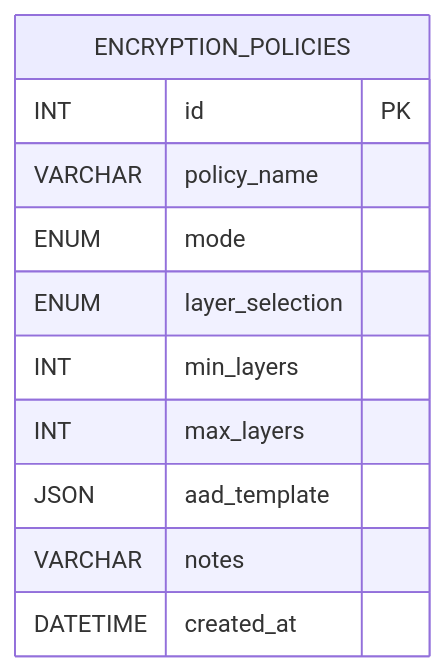
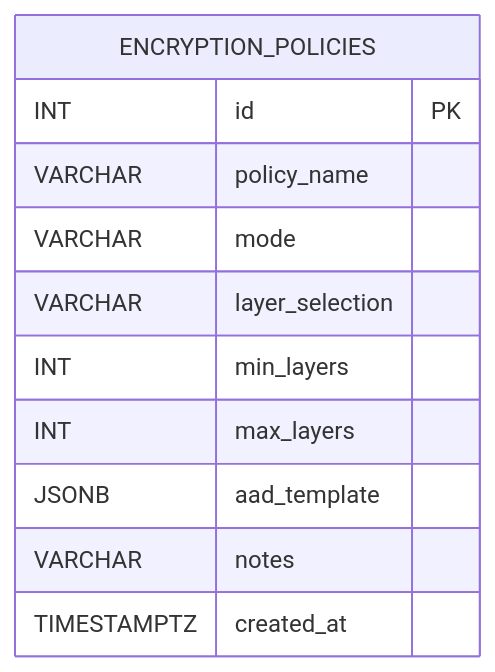
Before and after one commit to blackcatdatabase/table-encryption-policies: the diagram in README.md, drawn with Mermaid. The commit also changed other lines of this file and 26 other files, not shown here.

First line of the commit message:
Regen schema (#1)

````diff
--- a/README.md
+++ b/README.md
@@ -52,14 +52,14 @@
 ```mermaid
 erDiagram
   ENCRYPTION_POLICIES {
     INT id PK
     VARCHAR policy_name
-    ENUM mode
-    ENUM layer_selection
+    VARCHAR mode
+    VARCHAR layer_selection
     INT min_layers
     INT max_layers
-    JSON aad_template
+    JSONB aad_template
     VARCHAR notes
-    DATETIME created_at
+    TIMESTAMPTZ created_at
   }
 ```
````
